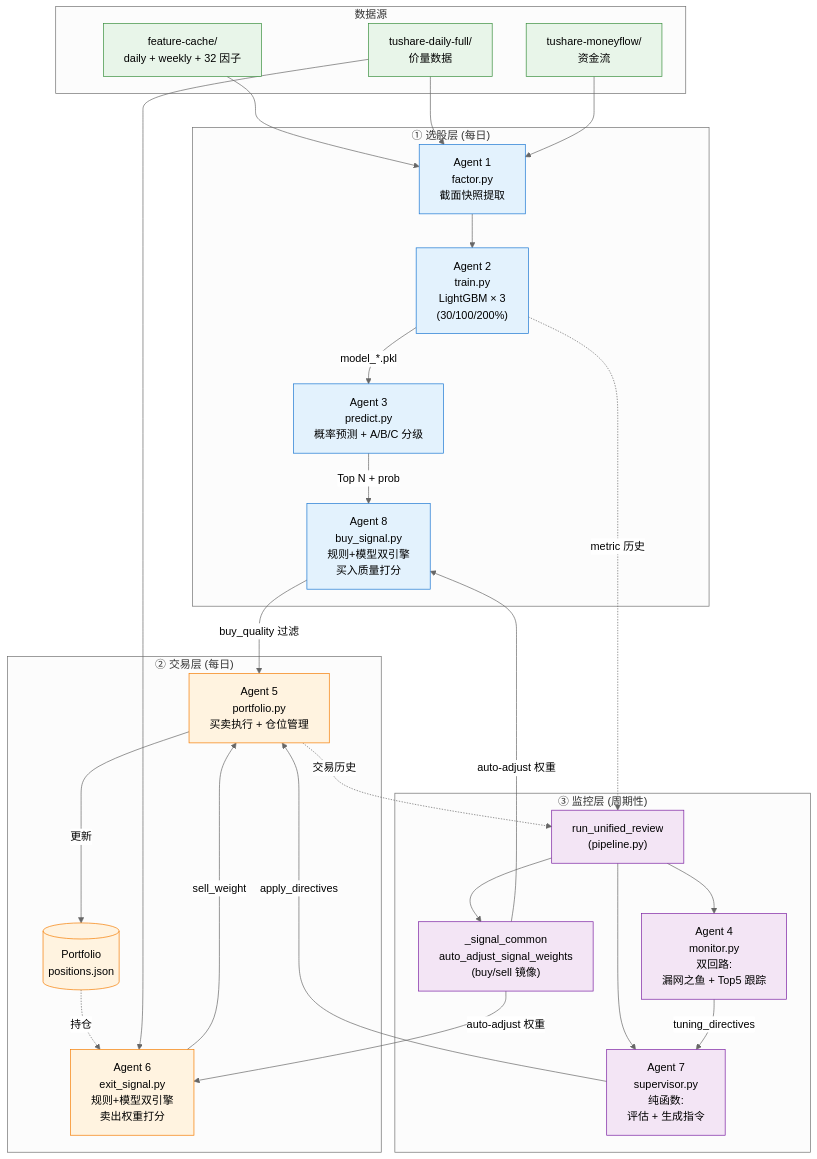
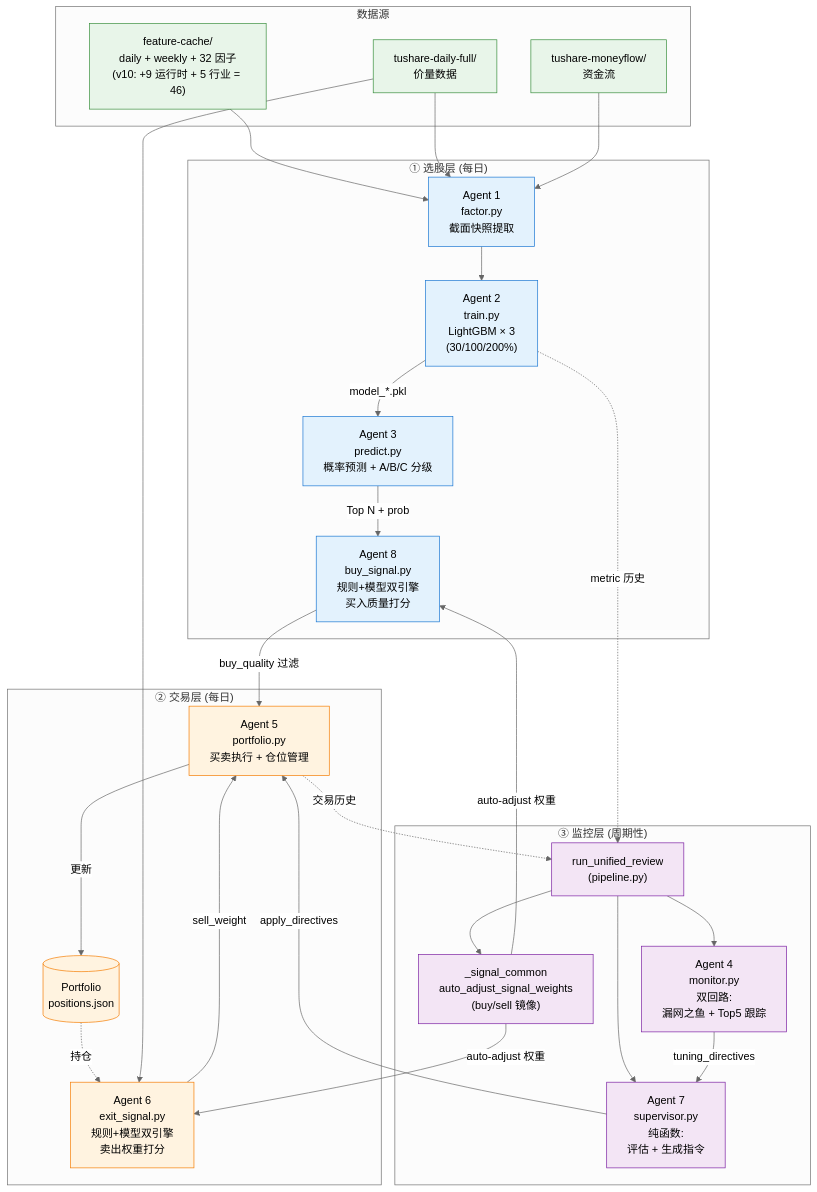
The diagram in src/strategy/factor_model_selection/v3_bull_hunter/README.md (xtangxtang/gp-quant), drawn with Mermaid (neutral theme) before and after one commit. The commit also changed other lines of this file and 10 other files, not shown here.

````diff
--- a/src/strategy/factor_model_selection/v3_bull_hunter/README.md
+++ b/src/strategy/factor_model_selection/v3_bull_hunter/README.md
@@ -14,60 +14,60 @@
 ```mermaid
 flowchart TB
     subgraph DATA["数据源"]
-        FC["feature-cache/<br/>daily + weekly + 32 因子"]
+        FC["feature-cache/<br/>daily + weekly + 32 因子<br/>(v10: +9 运行时 + 5 行业 = 46)"]
         DAILY["tushare-daily-full/<br/>价量数据"]
         MF["tushare-moneyflow/<br/>资金流"]
     end
 
     subgraph SELECT["① 选股层 (每日)"]
         A1["Agent 1<br/>factor.py<br/>截面快照提取"]
         A2["Agent 2<br/>train.py<br/>LightGBM × 3<br/>(30/100/200%)"]
         A3["Agent 3<br/>predict.py<br/>概率预测 + A/B/C 分级"]
         A8["Agent 8<br/>buy_signal.py<br/>规则+模型双引擎<br/>买入质量打分"]
     end
 
     subgraph TRADE["② 交易层 (每日)"]
         A5["Agent 5<br/>portfolio.py<br/>买卖执行 + 仓位管理"]
         A6["Agent 6<br/>exit_signal.py<br/>规则+模型双引擎<br/>卖出权重打分"]
         PORT[("Portfolio<br/>positions.json")]
     end
 
     subgraph MONITOR["③ 监控层 (周期性)"]
         UR["run_unified_review<br/>(pipeline.py)"]
         A4["Agent 4<br/>monitor.py<br/>双回路:<br/>漏网之鱼 + Top5 跟踪"]
         A7["Agent 7<br/>supervisor.py<br/>纯函数:<br/>评估 + 生成指令"]
         SC["_signal_common<br/>auto_adjust_signal_weights<br/>(buy/sell 镜像)"]
     end
 
     FC --> A1
     DAILY --> A1
     MF --> A1
     A1 --> A2
     A2 -->|model_*.pkl| A3
     A3 -->|Top N + prob| A8
     A8 -->|buy_quality 过滤| A5
 
     PORT -.持仓.-> A6
     DAILY --> A6
     A6 -->|sell_weight| A5
     A5 -->|更新| PORT
 
     A5 -.交易历史.-> UR
     A2 -.metric 历史.-> UR
     UR --> A4
     UR --> A7
     A4 -->|tuning_directives| A7
     A7 -->|apply_directives| A5
     UR --> SC
     SC -->|auto-adjust 权重| A6
     SC -->|auto-adjust 权重| A8
 
     classDef select fill:#e3f2fd,stroke:#1976d2
     classDef trade fill:#fff3e0,stroke:#f57c00
     classDef monitor fill:#f3e5f5,stroke:#7b1fa2
     classDef data fill:#e8f5e9,stroke:#388e3c
     class A1,A2,A3,A8 select
     class A5,A6,PORT trade
     class UR,A4,A7,SC monitor
     class FC,DAILY,MF data
 ```
````
